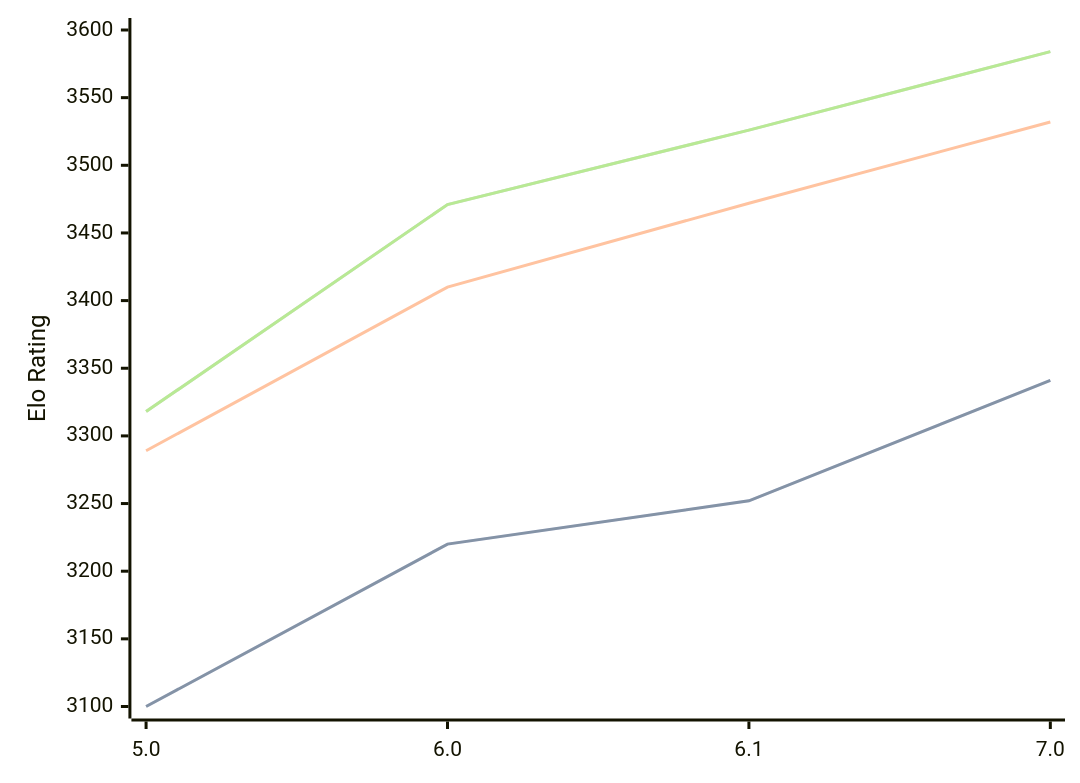
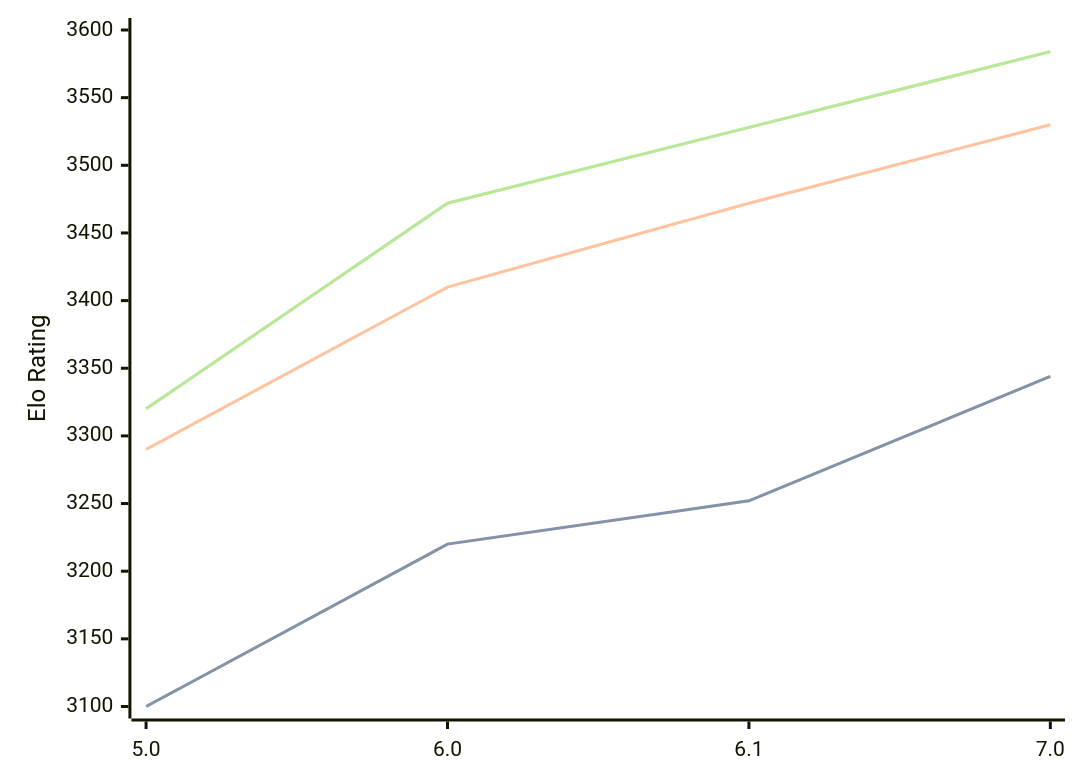
Before and after one commit to computer-chess-index/cci: the diagram in engines/PZChessBot.md, drawn with Mermaid. The commit also changed other lines of this file, not shown here.

Commit message:
Update CCI Ratings (ELO VLTC) - 2026-05-17

````diff
--- a/engines/PZChessBot.md
+++ b/engines/PZChessBot.md
@@ -43,11 +43,11 @@
 ```mermaid
 %%{init: {"theme":"base","themeVariables":{"seriesColors:['#a3a3a3','#222221','#faa371']}}}%%
 xychart-beta
   x-axis ["5.0", "6.0", "6.1", "7.0"]
   y-axis "Elo Rating" 3100 --> 3600
-  line "STC (8.0+0.08s)" [3100, 3220, 3252, 3341]
-  line "STC (8.0+0.08s)" [3100, 3220, 3252, 3341]
-  line "LTC (60.0+0.60s)" [3289, 3410, 3472, 3532]
-  line "VLTC (2m24s+1.12s)" [3318, 3471, 3526, 3584]
-  line "VLTC (2m24s+1.12s)" [3318, 3471, 3526, 3584]
+  line "STC (8.0+0.08s)" [3100, 3220, 3252, 3344]
+  line "STC (8.0+0.08s)" [3100, 3220, 3252, 3344]
+  line "LTC (60.0+0.60s)" [3290, 3410, 3472, 3530]
+  line "VLTC (2m24s+1.12s)" [3320, 3472, 3528, 3584]
+  line "VLTC (2m24s+1.12s)" [3320, 3472, 3528, 3584]
 ```
````
